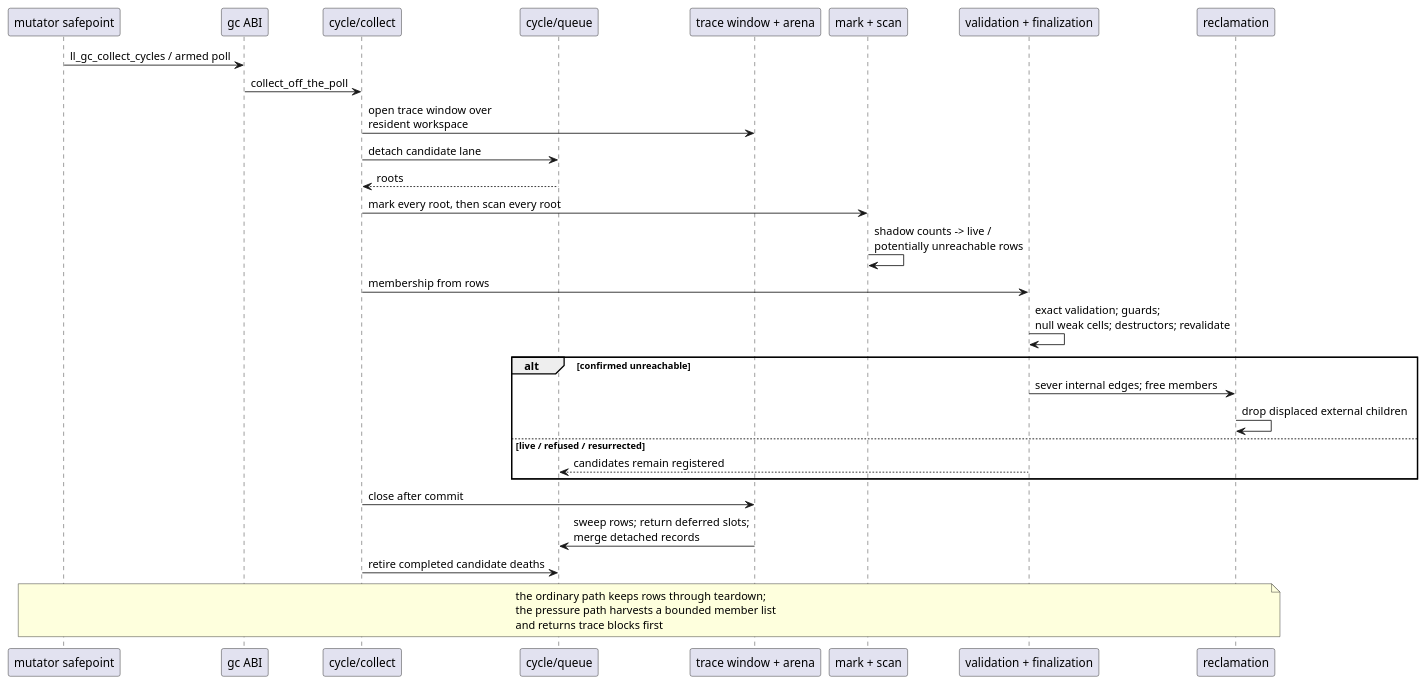
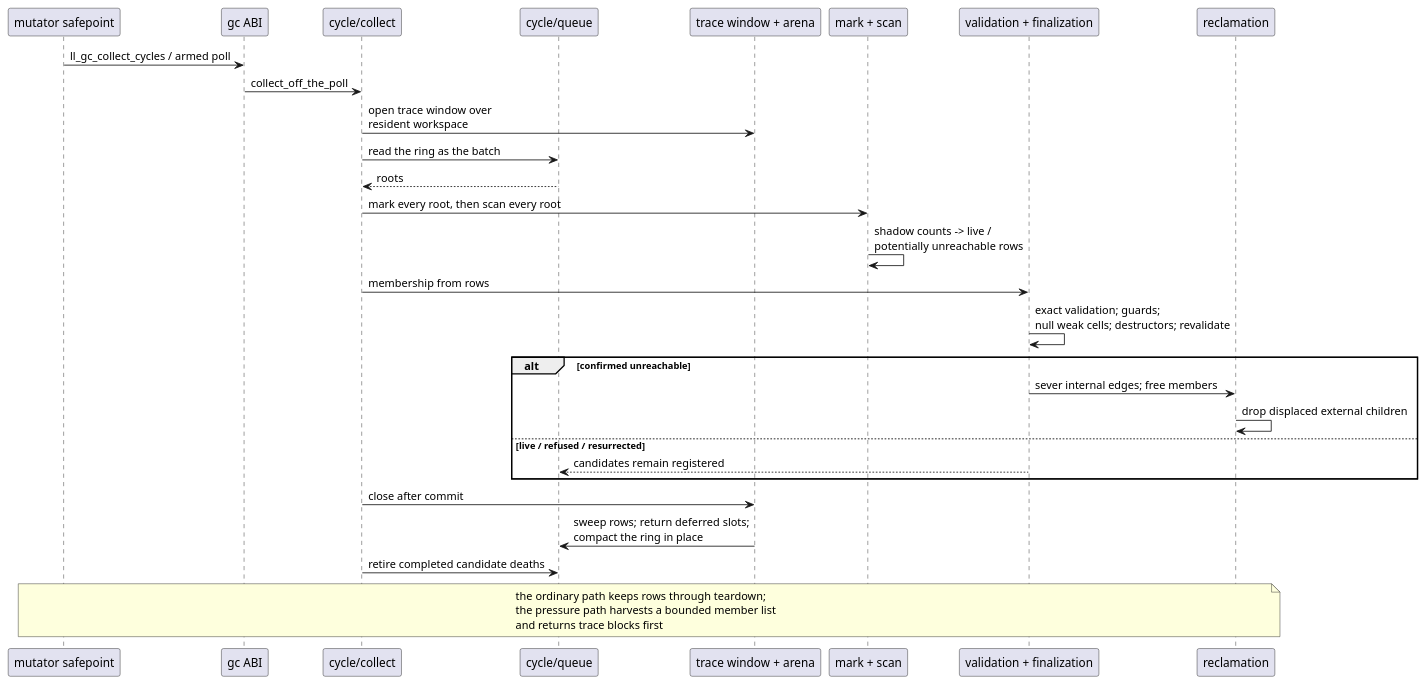
The seventh of 7 diagrams in docs/architecture.md (limelight-lang/model), drawn with PlantUML before and after one commit. The commit also changed other lines of this file and 37 other files, not shown here.

````diff
--- a/docs/architecture.md
+++ b/docs/architecture.md
@@ -370,33 +370,33 @@
 ```plantuml
 @startuml
 skinparam shadowing false
 participant "mutator safepoint" as mutator
 participant "gc ABI" as gc
 participant "cycle/collect" as driver
 participant "cycle/queue" as queue
 participant "trace window + arena" as arena
 participant "mark + scan" as trace
 participant "validation + finalization" as finalization
 participant reclamation
 
 mutator -> gc : ll_gc_collect_cycles / armed poll
 gc -> driver : collect_off_the_poll
 driver -> arena : open trace window over\nresident workspace
-driver -> queue : detach candidate lane
+driver -> queue : read the ring as the batch
 queue --> driver : roots
 driver -> trace : mark every root, then scan every root
 trace -> trace : shadow counts -> live /\npotentially unreachable rows
 driver -> finalization : membership from rows
 finalization -> finalization : exact validation; guards;\nnull weak cells; destructors; revalidate
 alt confirmed unreachable
   finalization -> reclamation : sever internal edges; free members
   reclamation -> reclamation : drop displaced external children
 else live / refused / resurrected
   finalization --> queue : candidates remain registered
 end
 driver -> arena : close after commit
-arena -> queue : sweep rows; return deferred slots;\nmerge detached records
+arena -> queue : sweep rows; return deferred slots;\ncompact the ring in place
 driver -> queue : retire completed candidate deaths
 note over mutator, reclamation : the ordinary path keeps rows through teardown;\nthe pressure path harvests a bounded member list\nand returns trace blocks first
 @enduml
 ```
````
